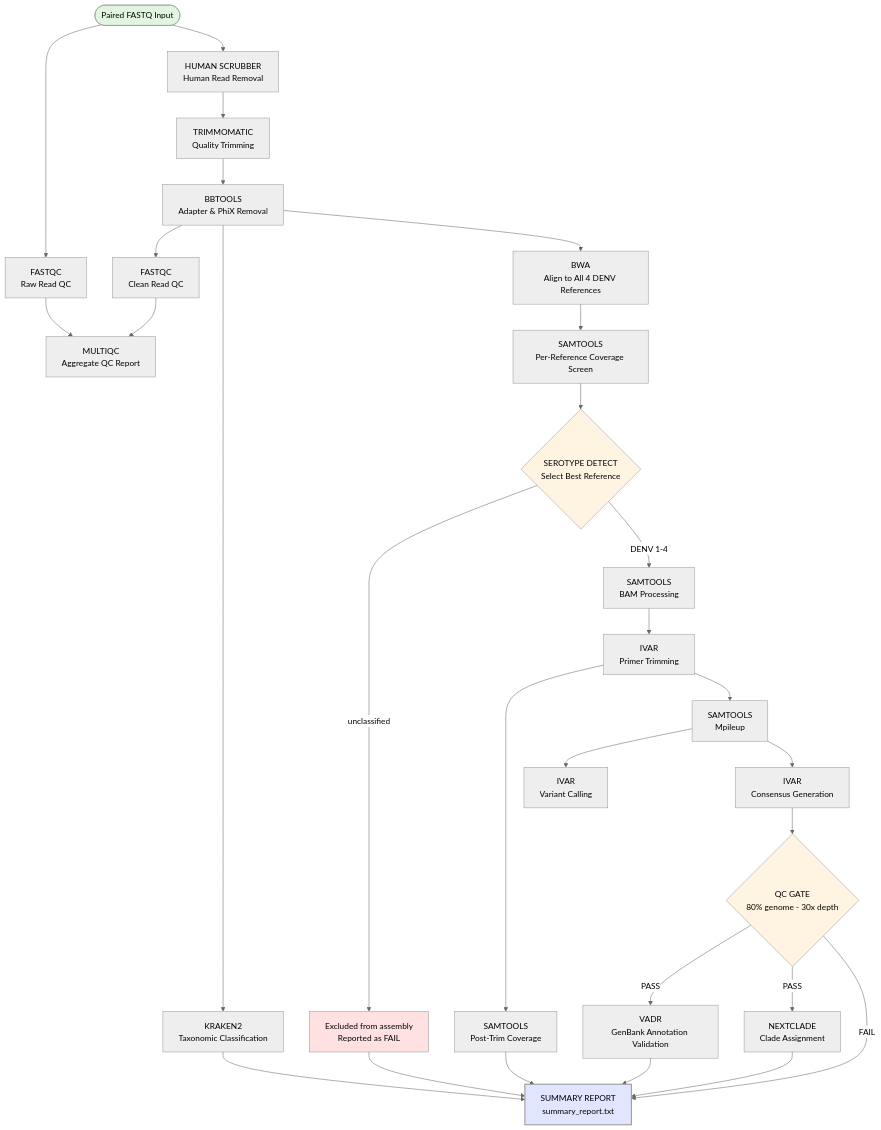
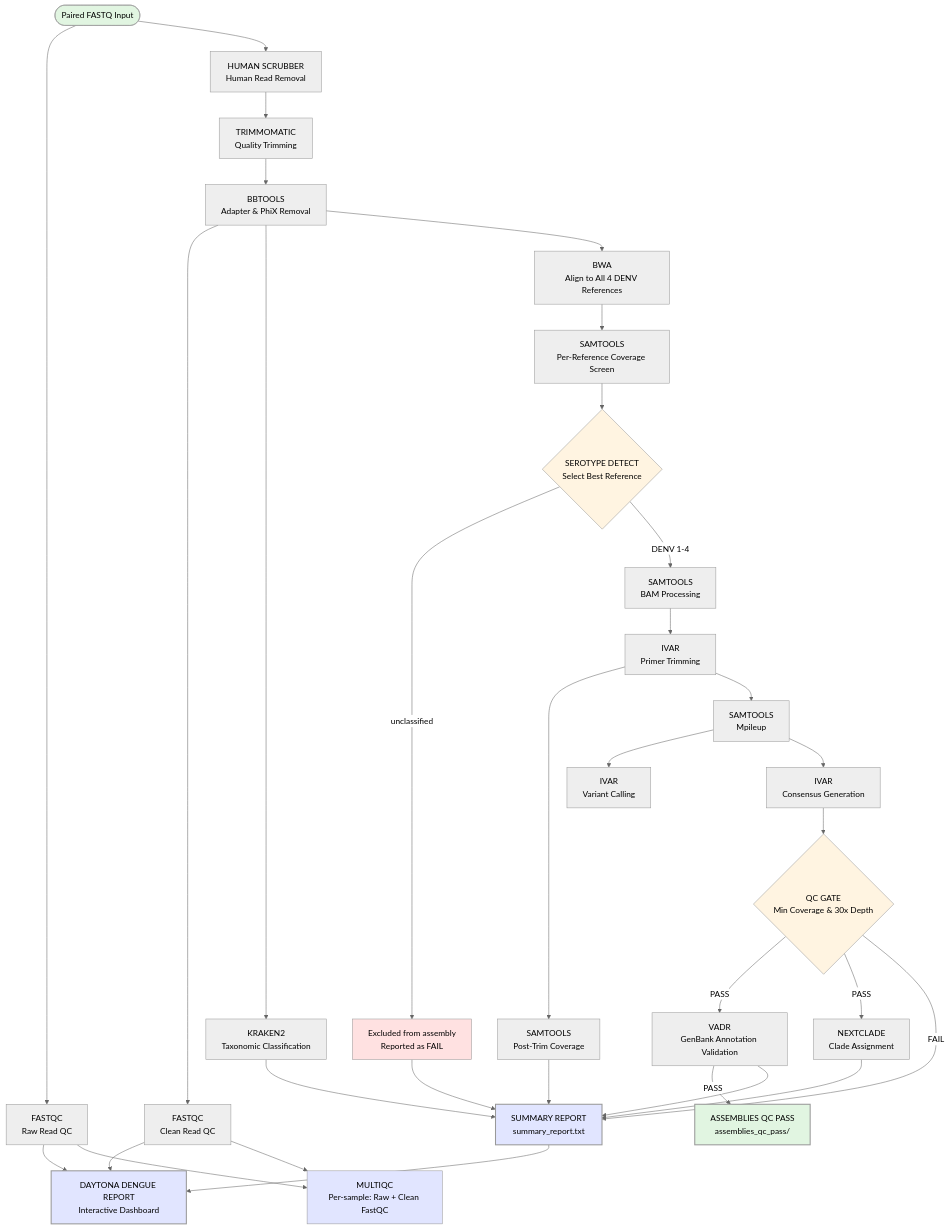
One commit to BPHL-Molecular/Daytona_dengue changed the diagram in README.md. Above: the diagram before and after it, drawn with Mermaid (neutral theme). The commit also changed other lines of this file and 21 other files, not shown here.

Commit message:
Add a branded interactive MultiQC dashboard, migrate to Nextflow 26 compatible publishDir and config, make the pipeline fail loudly on empty or systemically broken runs, and finish the post-refactor process config and QC threshold cleanup

````diff
--- a/README.md
+++ b/README.md
@@ -93,36 +93,43 @@
 ```mermaid
 flowchart TD
     A([Paired FASTQ Input]) --> B[FASTQC<br/>Raw Read QC]
     A --> C[HUMAN SCRUBBER<br/>Human Read Removal]
     C --> D[TRIMMOMATIC<br/>Quality Trimming]
     D --> E[BBTOOLS<br/>Adapter & PhiX Removal]
     E --> F[FASTQC<br/>Clean Read QC]
-    B --> G[MULTIQC<br/>Aggregate QC Report]
-    F --> G
     E --> H[KRAKEN2<br/>Taxonomic Classification]
     E --> I[BWA<br/>Align to All 4 DENV References]
     I --> J[SAMTOOLS<br/>Per-Reference Coverage Screen]
     J --> K{SEROTYPE DETECT<br/>Select Best Reference}
     K -->|unclassified| L[Excluded from assembly<br/>Reported as FAIL]
     K -->|DENV 1-4| M[SAMTOOLS<br/>BAM Processing]
     M --> N[IVAR<br/>Primer Trimming]
     N --> O[SAMTOOLS<br/>Post-Trim Coverage]
     N --> P[SAMTOOLS<br/>Mpileup]
     P --> Q[IVAR<br/>Variant Calling]
     P --> R[IVAR<br/>Consensus Generation]
-    R --> S{QC GATE<br/>80% genome - 30x depth}
+    R --> S{QC GATE<br/>Min Coverage & 30x Depth}
     S -->|PASS| T[VADR<br/>GenBank Annotation Validation]
     S -->|PASS| U[NEXTCLADE<br/>Clade Assignment]
     S -->|FAIL| V[SUMMARY REPORT<br/>summary_report.txt]
+    T -->|PASS| W[ASSEMBLIES QC PASS<br/>assemblies_qc_pass/]
     T --> V
     U --> V
     H --> V
     O --> V
     L --> V
+    V --> G[DAYTONA DENGUE REPORT<br/>Interactive Dashboard]
+    B --> G
+    F --> G
+    B --> SM[MULTIQC<br/>Per-sample: Raw + Clean FastQC]
+    F --> SM
 
     style A fill:#e1f5e1,color:#000
     style K fill:#fff4e1,color:#000
     style S fill:#fff4e1,color:#000
     style L fill:#ffe1e1,color:#000
     style V fill:#e1e5ff,color:#000,stroke-width:2px
+    style W fill:#e1f5e1,color:#000,stroke-width:2px
+    style G fill:#e1e5ff,color:#000,stroke-width:2px
+    style SM fill:#e1e5ff,color:#000
 ```
````
